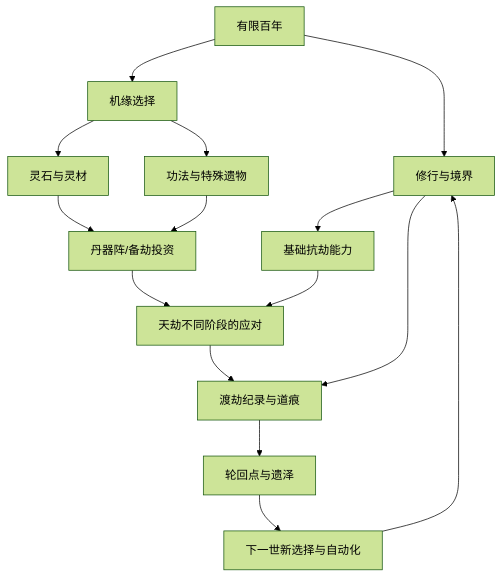
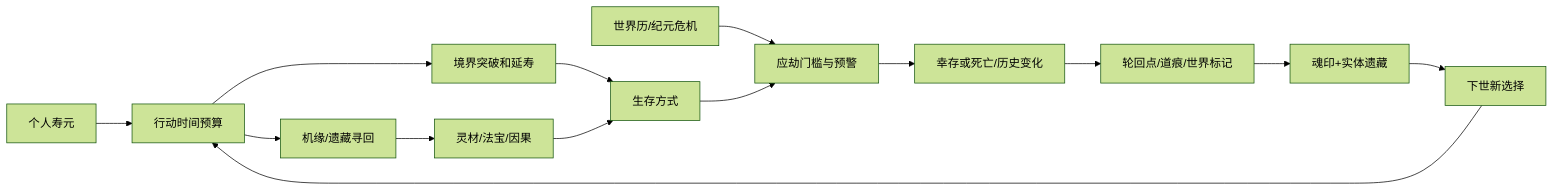
The diagram in docs/04-SYSTEMS.md (Tera-Dark/hundred-lives-to-ascend), drawn with Mermaid (forest theme) before and after one commit. The commit also changed other lines of this file, not shown here.

Commit message:
docs(v0.2): integrate lifespan, epoch and legacy in docs/04-SYSTEMS.md

````diff
--- a/docs/04-SYSTEMS.md
+++ b/docs/04-SYSTEMS.md
@@ -22,17 +25,16 @@
 ```mermaid
-flowchart TD
-  Time[有限百年] --> Cultivation[修行与境界]
-  Time --> Opportunities[机缘选择]
-  Cultivation --> Power[基础抗劫能力]
-  Opportunities --> Materials[灵石与灵材]
-  Opportunities --> Traits[功法与特殊遗物]
-  Materials --> Build[丹器阵/备劫投资]
-  Traits --> Build
-  Build --> Defense[天劫不同阶段的应对]
-  Power --> Defense
-  Defense --> Records[渡劫纪录与道痕]
-  Cultivation --> Records
-  Records --> RP[轮回点与遗泽]
-  RP --> Future[下一世新选择与自动化]
-  Future --> Cultivation
+flowchart LR
+  Age[个人寿元] --> Choices[行动时间预算]
+  Epoch[世界历/纪元危机] --> Pressure[应劫门槛与预警]
+  Choices --> Cultivate[境界突破和延寿]
+  Choices --> Encounter[机缘/遗藏寻回]
+  Encounter --> Items[灵材/法宝/因果]
+  Cultivate --> Survival[生存方式]
+  Items --> Survival
+  Survival --> Pressure
+  Pressure --> Outcome[幸存或死亡/历史变化]
+  Outcome --> Record[轮回点/道痕/世界标记]
+  Record --> Legacy[魂印+实体遗藏]
+  Legacy --> Next[下世新选择]
+  Next --> Choices
 ```
````
